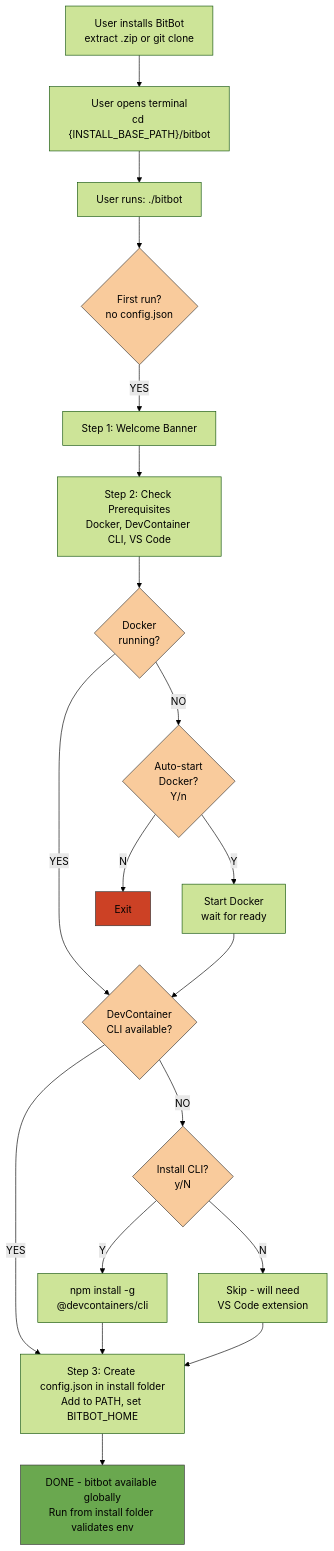
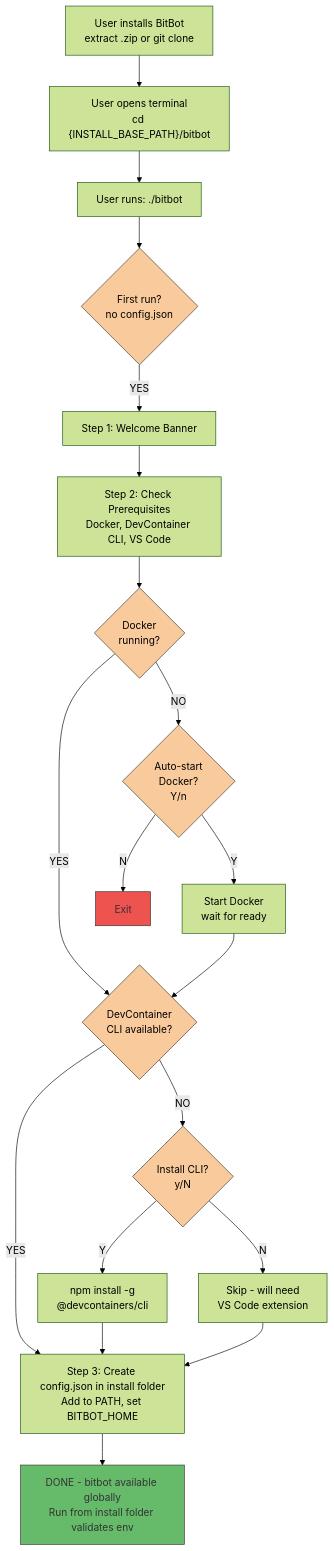
The diagram in sparc/2-pseudocode/FLOW_GLOBAL_INIT.md (ManuelKugelmann/BitBot), drawn with Mermaid (forest theme) before and after one commit.

Commit message:
Update colors in FLOW_GLOBAL_INIT pseudocode diagram
Updated FLOW_GLOBAL_INIT.md:
- Changed green #6aa84f → #66bb6a (consistent with color scheme)
- Changed red #cc4125 → #ef5350 (consistent with color scheme)
- Added color:#333 to Done (green) and ExitDocker (red) nodes

Aligns pseudocode flow colors with main color scheme.

````diff
--- a/sparc/2-pseudocode/FLOW_GLOBAL_INIT.md
+++ b/sparc/2-pseudocode/FLOW_GLOBAL_INIT.md
@@ -32,44 +32,44 @@
 ```mermaid
 flowchart TD
     Start[User installs BitBot<br/>extract .zip or git clone]
     Navigate["User opens terminal<br/>cd {INSTALL_BASE_PATH}/bitbot"]
     Run["User runs: ./bitbot"]
     FirstRun{First run?<br/>no config.json}
 
     Start --> Navigate --> Run --> FirstRun
 
     FirstRun -->|YES| Step1[Step 1: Welcome Banner]
     Step1 --> Step2[Step 2: Check Prerequisites<br/>Docker, DevContainer CLI, VS Code]
 
     Step2 --> DockerRunning{Docker<br/>running?}
 
     DockerRunning -->|NO| AutoStart{Auto-start<br/>Docker?<br/>Y/n}
     DockerRunning -->|YES| CheckCLI
 
     AutoStart -->|Y| StartDocker[Start Docker<br/>wait for ready]
     AutoStart -->|N| ExitDocker[Exit]
 
     StartDocker --> CheckCLI
 
     CheckCLI{DevContainer<br/>CLI available?}
 
     CheckCLI -->|NO| InstallCLI{Install CLI?<br/>y/N}
     CheckCLI -->|YES| Step3
 
     InstallCLI -->|Y| NpmInstall[npm install -g<br/>@devcontainers/cli]
     InstallCLI -->|N| SkipCLI[Skip - will need<br/>VS Code extension]
 
     NpmInstall --> Step3
     SkipCLI --> Step3
 
     Step3[Step 3: Create config.json in install folder<br/>Add to PATH, set BITBOT_HOME]
     Step3 --> Done[DONE - bitbot available globally<br/>Run from install folder validates env]
 
     style FirstRun fill:#f9cb9c,stroke:#333,color:#000
     style DockerRunning fill:#f9cb9c,stroke:#333,color:#000
     style AutoStart fill:#f9cb9c,stroke:#333,color:#000
     style CheckCLI fill:#f9cb9c,stroke:#333,color:#000
     style InstallCLI fill:#f9cb9c,stroke:#333,color:#000
-    style Done fill:#6aa84f,stroke:#333
-    style ExitDocker fill:#cc4125,stroke:#333
+    style Done fill:#66bb6a,stroke:#333,color:#333
+    style ExitDocker fill:#ef5350,stroke:#333,color:#333
 ```
````
